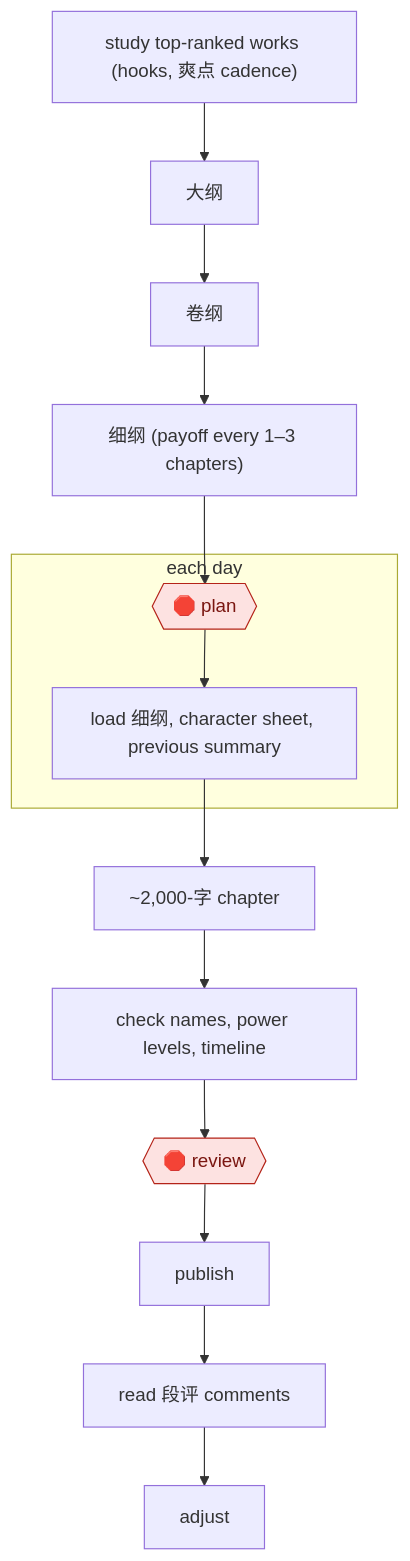
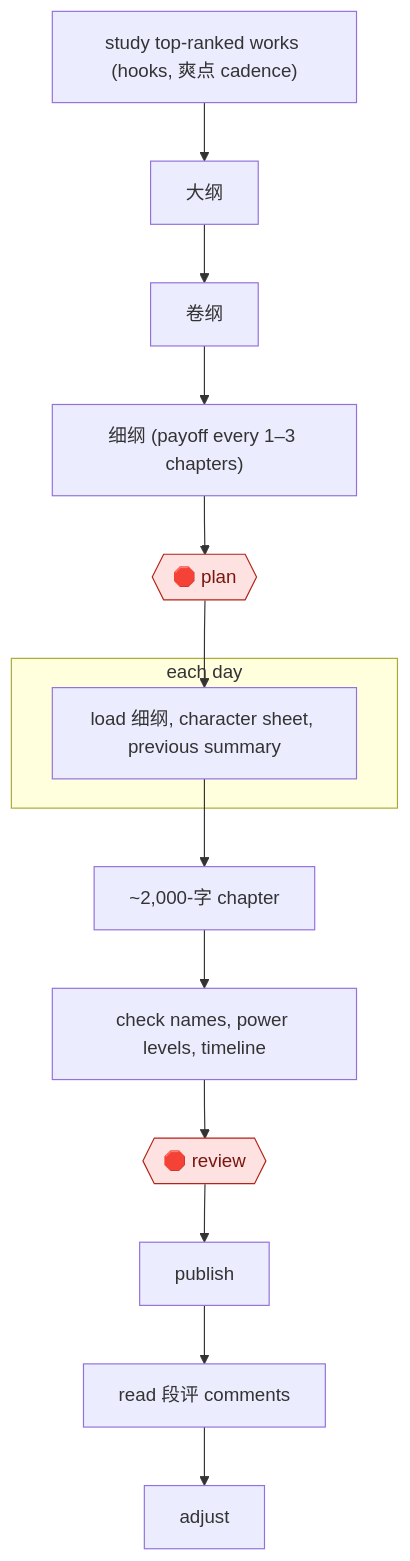
The diagram in workflows/CRE/WRI/SERIAL/daily-web-serial/README.md (milesradford99/agent-workflow-atlas), drawn with Mermaid before and after one commit. The commit also changed other lines of this file and 171 other files, not shown here.

````diff
--- a/workflows/CRE/WRI/SERIAL/daily-web-serial/README.md
+++ b/workflows/CRE/WRI/SERIAL/daily-web-serial/README.md
@@ -31,29 +31,29 @@
 ```mermaid
 flowchart TD
   n1["study top-ranked works (hooks, 爽点 cadence)"]
   n2["大纲"]
-  n1 --> n2
   n3["卷纲"]
-  n2 --> n3
   n4["细纲 (payoff every 1–3 chapters)"]
-  n3 --> n4
   n5{{"🛑 plan"}}:::stop
-  n4 --> n5
   subgraph s6["each day"]
   n7["load 细纲, character sheet, previous summary"]
-  n5 --> n7
   end
   n8["~2,000-字 chapter"]
+  n9["check names, power levels, timeline"]
+  n10{{"🛑 review"}}:::stop
+  n11["publish"]
+  n12["read 段评 comments"]
+  n13["adjust"]
+  n1 --> n2
+  n2 --> n3
+  n3 --> n4
+  n4 --> n5
+  n5 --> n7
   n7 --> n8
-  n9["check names, power levels, timeline"]
   n8 --> n9
-  n10{{"🛑 review"}}:::stop
   n9 --> n10
-  n11["publish"]
   n10 --> n11
-  n12["read 段评 comments"]
   n11 --> n12
-  n13["adjust"]
   n12 --> n13
   classDef stop fill:#fde2e1,stroke:#b42318,color:#7a1610
 ```
````
